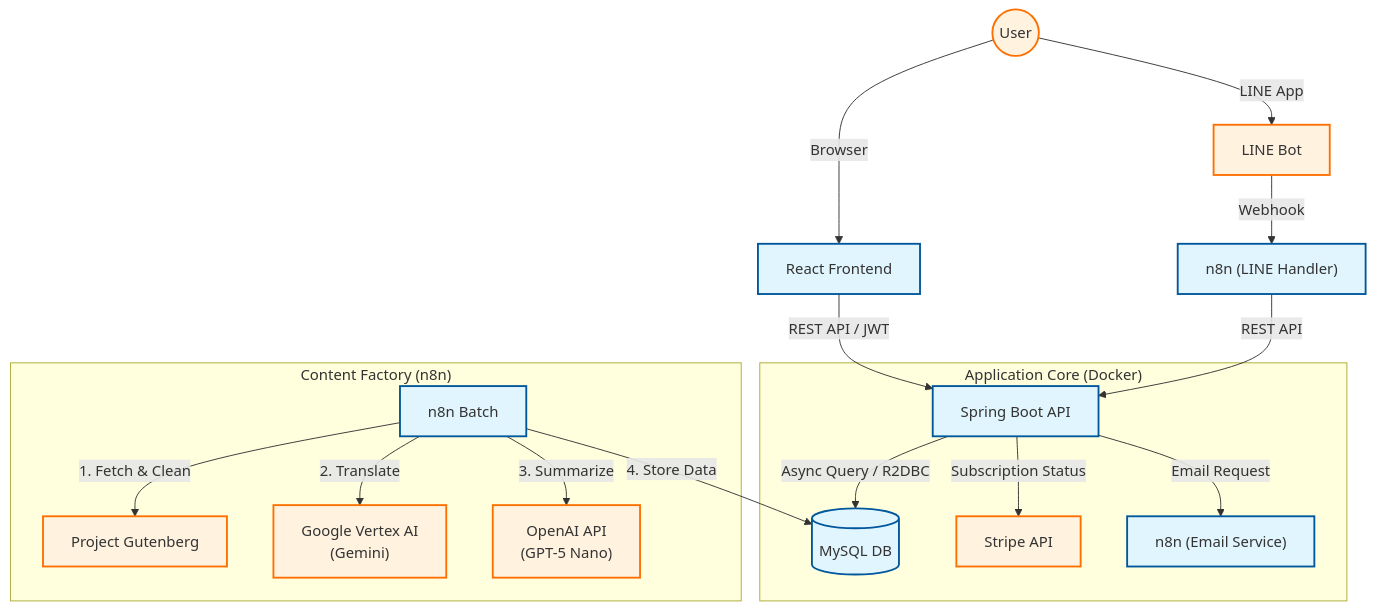
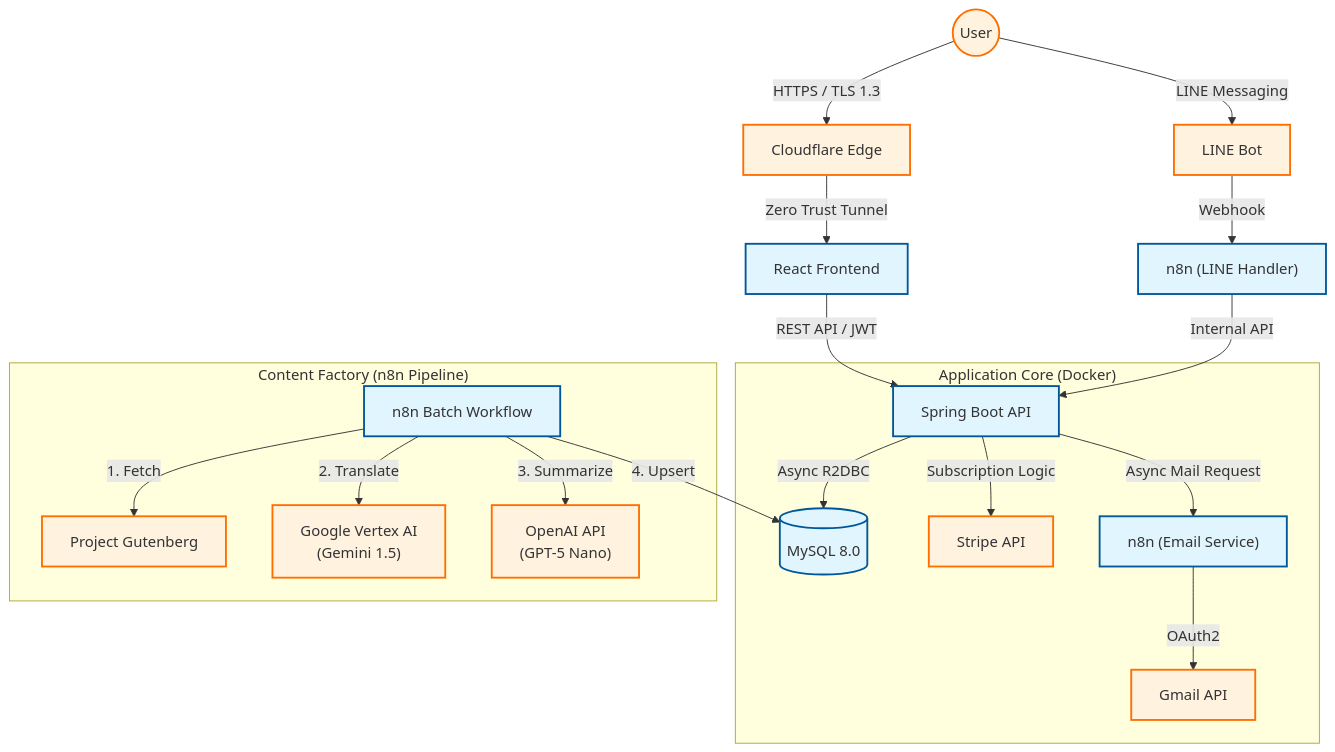
The diagram in docs/system-architecture-public.md (xtq453xs-star/smartbrief), drawn with Mermaid before and after one commit. The commit also changed other lines of this file and 1 other file, not shown here.

````diff
--- a/docs/system-architecture-public.md
+++ b/docs/system-architecture-public.md
@@ -58,32 +32,34 @@
 ```mermaid
 graph TD
-    %% ユーザーからのアクセスフロー
-    User((User)) -->|Browser| FE[React Frontend]
-    User -->|LINE App| LINE[LINE Bot]
+    %% アクセス層
+    User((User)) -->|HTTPS / TLS 1.3| CF[Cloudflare Edge]
+    CF -->|Zero Trust Tunnel| FE[React Frontend]
+    User -->|LINE Messaging| LINE[LINE Bot]
     
     FE -->|REST API / JWT| BE[Spring Boot API]
     
-    %% LINE連携
+    %% 外部連携 & マイクロサービス
     LINE -->|Webhook| n8n_bot["n8n (LINE Handler)"]
-    n8n_bot -->|REST API| BE
+    n8n_bot -->|Internal API| BE
     
     %% アプリケーションコア
     subgraph "Application Core (Docker)"
-        BE -->|Async Query / R2DBC| DB[("MySQL DB")]
-        BE -->|Subscription Status| Stripe[Stripe API]
-        BE -->|Email Request| n8n_mail["n8n (Email Service)"]
+        BE -->|Async R2DBC| MySQL[("MySQL 8.0")]
+        BE -->|Subscription Logic| Stripe[Stripe API]
+        BE -->|Async Mail Request| n8n_mail["n8n (Email Service)"]
+        n8n_mail -->|OAuth2| Gmail[Gmail API]
     end
     
-    %% 裏側のデータパイプライン
-    subgraph "Content Factory (n8n)"
-        n8n_batch[n8n Batch] -->|1. Fetch & Clean| Gutenberg[Project Gutenberg]
-        n8n_batch -->|2. Translate| Vertex["Google Vertex AI<br/>(Gemini)"]
+    %% コンテンツ生成ファクトリー
+    subgraph "Content Factory (n8n Pipeline)"
+        n8n_batch[n8n Batch Workflow] -->|1. Fetch| Gutenberg[Project Gutenberg]
+        n8n_batch -->|2. Translate| Vertex["Google Vertex AI<br/>(Gemini 1.5)"]
         n8n_batch -->|3. Summarize| OpenAI["OpenAI API<br/>(GPT-5 Nano)"]
-        n8n_batch -->|4. Store Data| DB
+        n8n_batch -->|4. Upsert| MySQL
     end
 
     classDef container fill:#e1f5fe,stroke:#01579b,stroke-width:2px;
     classDef external fill:#fff3e0,stroke:#ff6f00,stroke-width:2px;
-    class FE,BE,n8n_bot,n8n_mail,n8n_batch,DB container;
-    class User,Stripe,Gutenberg,Vertex,OpenAI,LINE external;
+    class FE,BE,n8n_bot,n8n_mail,n8n_batch,MySQL container;
+    class User,Stripe,Gutenberg,Vertex,OpenAI,LINE,Gmail,CF external;
 ```
````
